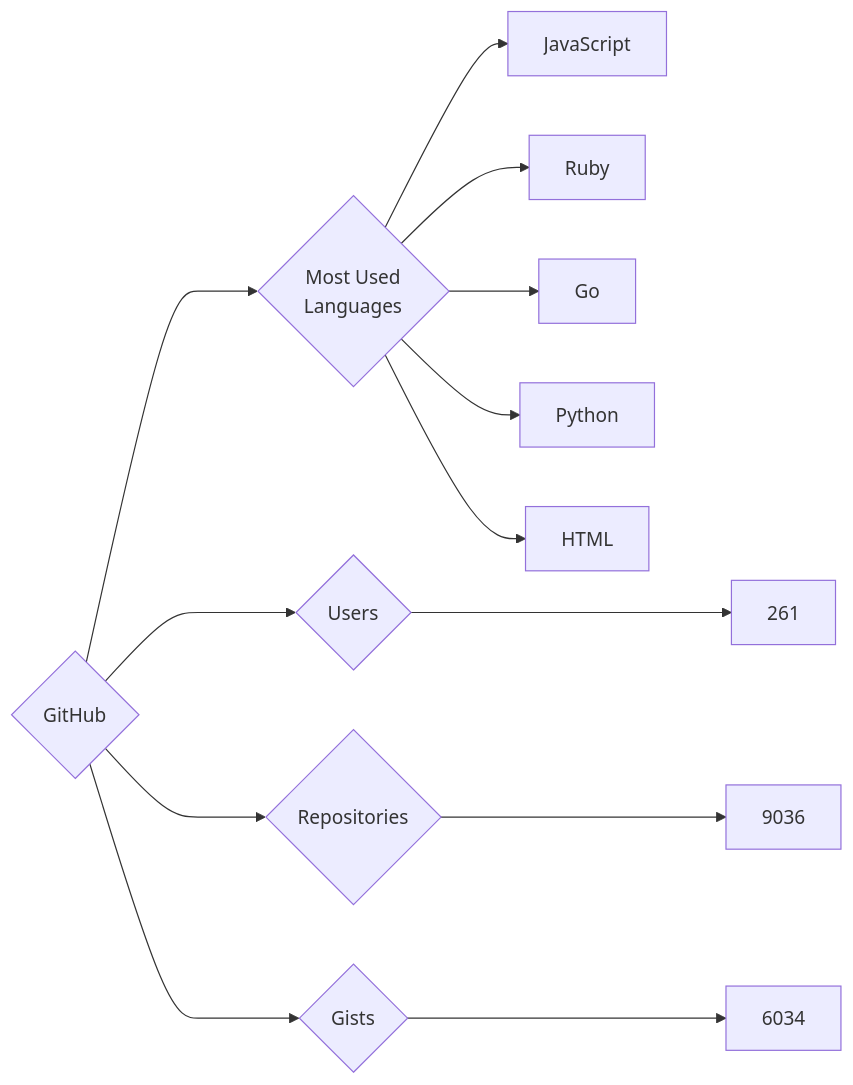
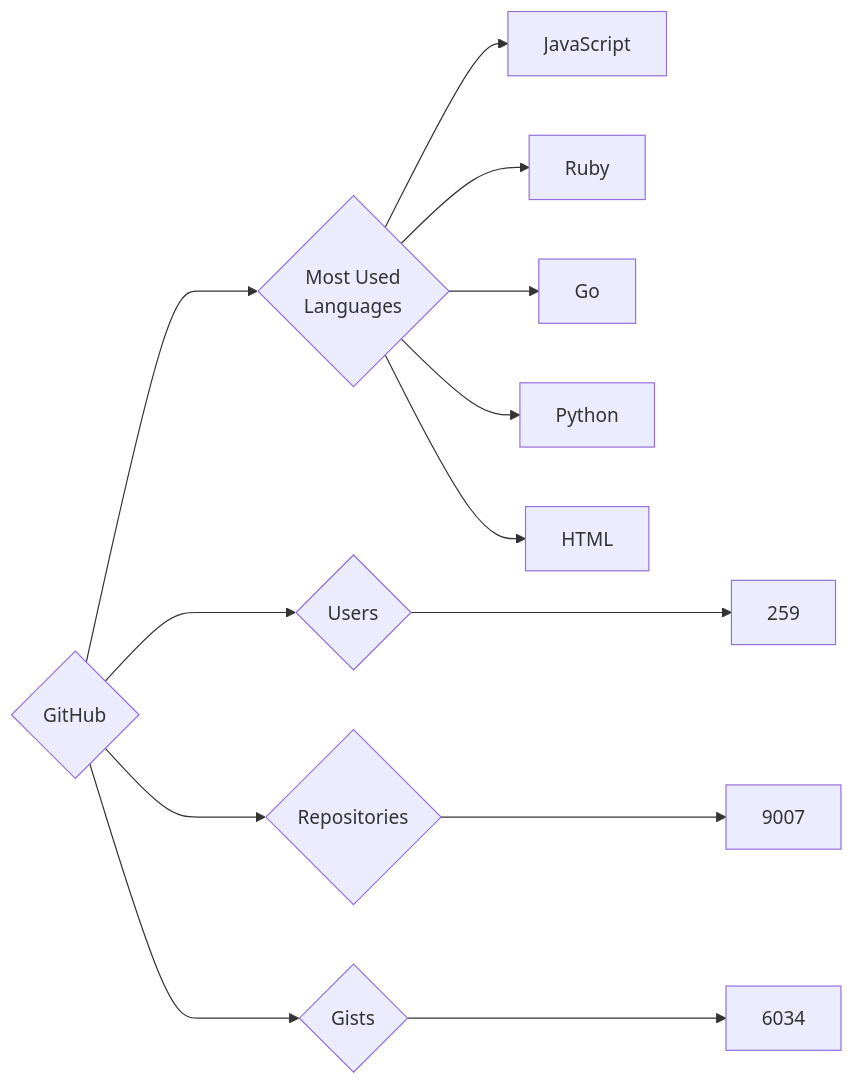
One commit to trickest/insiders changed the diagram in targets/GitHub/README.md. Above: the diagram before and after it, drawn with Mermaid. The commit also changed 679 other files, not shown here.

````diff
--- a/targets/GitHub/README.md
+++ b/targets/GitHub/README.md
@@ -3,13 +3,13 @@
 ```mermaid
 graph LR
 COMPANY_NAME{GitHub}
-COMPANY_NAME ---> U{Users} ---> UN[261]
-COMPANY_NAME ---> R{Repositories} ---> RN[9036]
+COMPANY_NAME ---> U{Users} ---> UN[259]
+COMPANY_NAME ---> R{Repositories} ---> RN[9007]
 COMPANY_NAME ---> G{Gists} ---> GN[6034]
 COMPANY_NAME ---> ML{Most Used<br>Languages}
 ML --> JavaScript[JavaScript]
 ML --> Ruby[Ruby]
 ML --> Go[Go]
 ML --> Python[Python]
 ML --> HTML[HTML]
 ```
````
